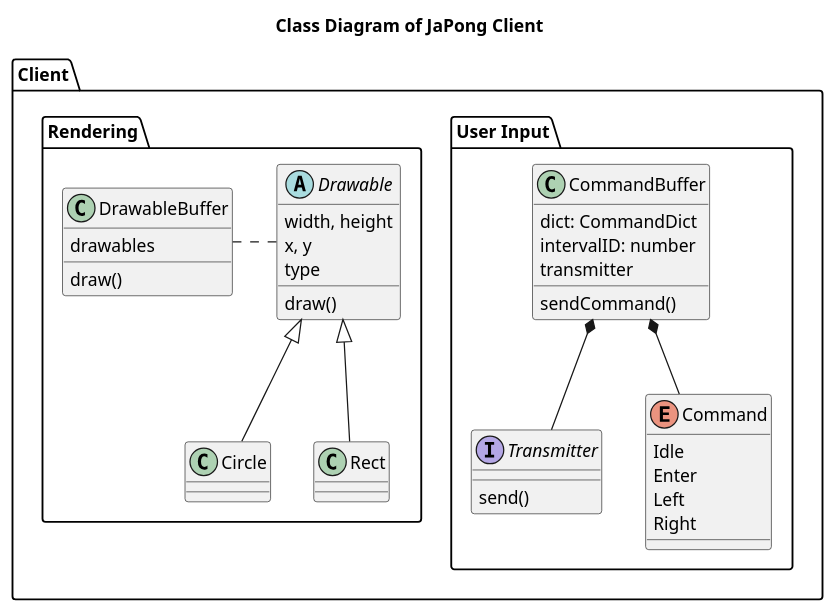
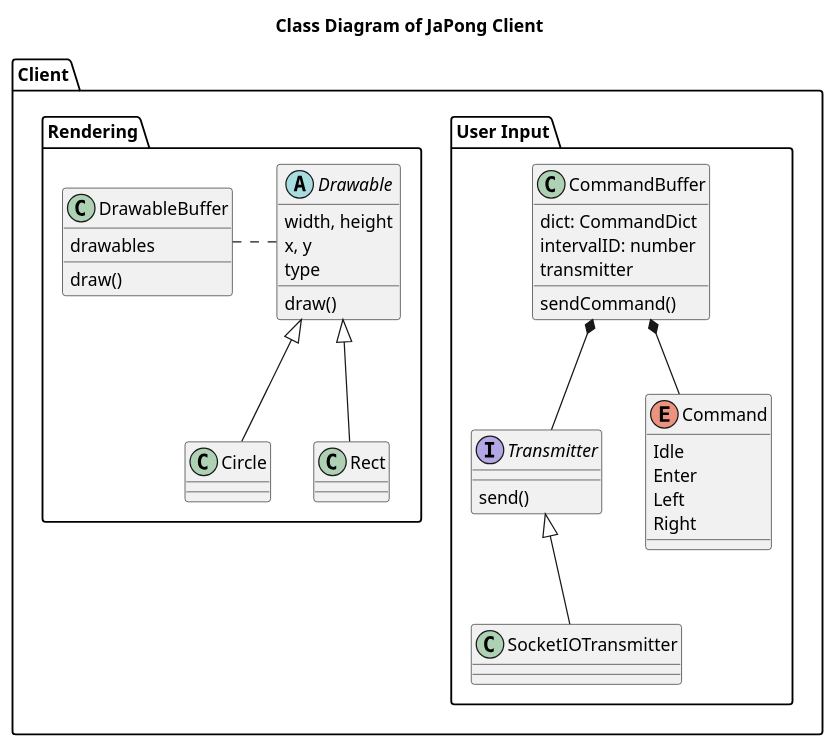
The diagram in document/uml/classClient.plantuml (uztbt/pong), drawn with PlantUML before and after one commit. The commit also changed 3 other files, not shown here.

Commit message:
Add deployment diagrams

```diff
--- a/document/uml/classClient.plantuml
+++ b/document/uml/classClient.plantuml
@@ -1,47 +1,52 @@
 @startuml
 
 title "Class Diagram of JaPong Client"
 
 package "Client" {
     package "User Input" {
         interface Transmitter {
             send()
         }
 
         class CommandBuffer {
             dict: CommandDict
             intervalID: number
             transmitter
             sendCommand()
         }
 
+        class SocketIOTransmitter {
+
+        }
+
         CommandBuffer *-- Transmitter
         CommandBuffer *-- Command
         Enum Command {
             Idle
             Enter
             Left
             Right
         }
+        Transmitter <|-- SocketIOTransmitter
     }
 
     package Rendering {
         abstract "Drawable" as DrawableClient {
             width, height
             x, y
             type
             draw()
         }
         class Circle {}
         class Rect {}
         DrawableClient <|-- Circle
         DrawableClient <|-- Rect
         class DrawableBuffer {
             drawables
             draw()
         }
         DrawableBuffer . DrawableClient
     }
 }
 
 @enduml
```
